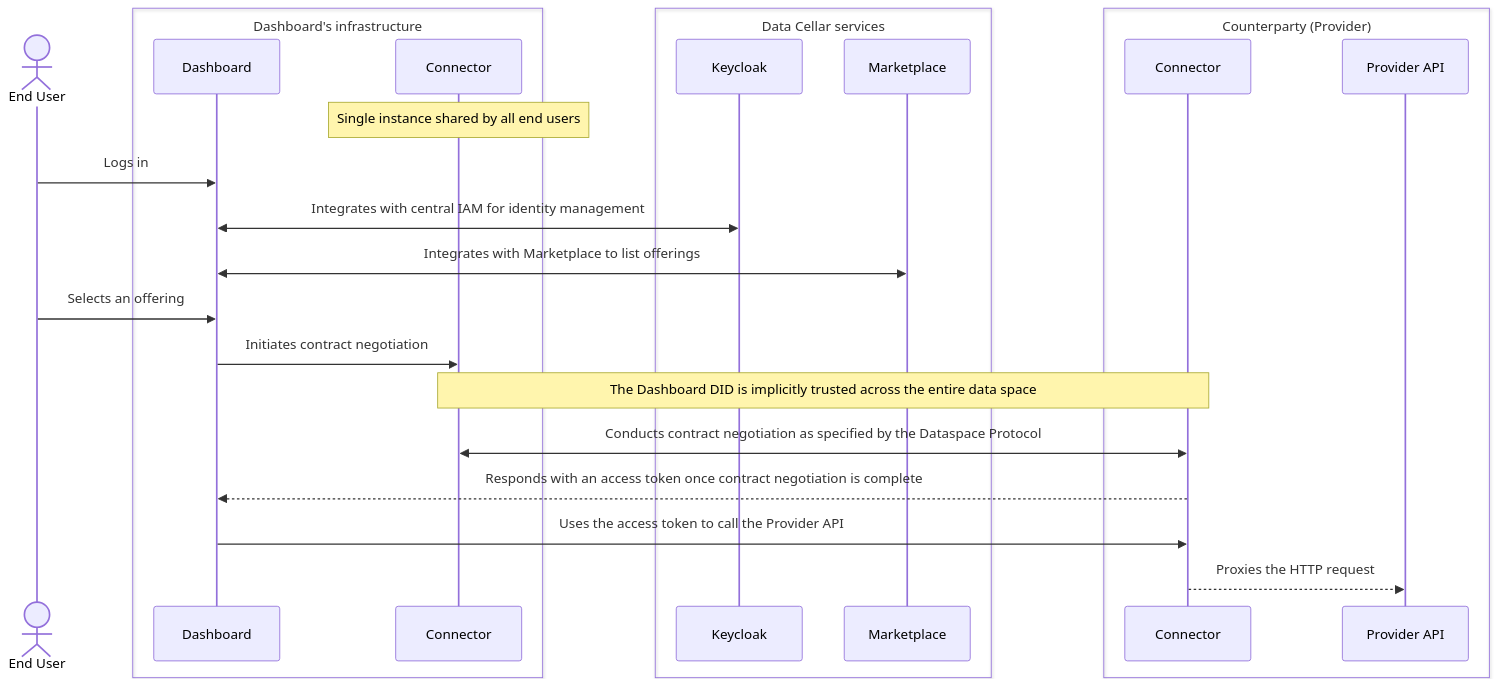
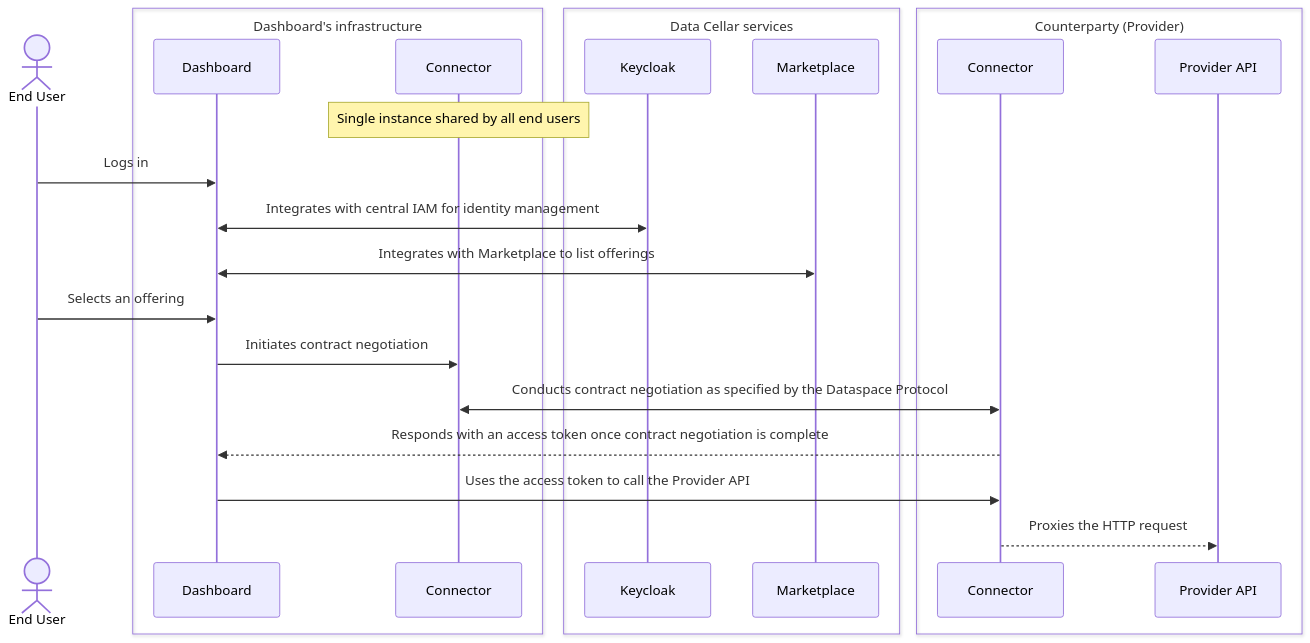
One commit to Data-Cellar/sequence-diagrams changed the third of 3 diagrams in README.md. Above: the diagram before and after it, drawn with Mermaid.

````diff
--- a/README.md
+++ b/README.md
@@ -91,27 +91,26 @@
 ```mermaid
 sequenceDiagram
     actor USR as End User
     box Dashboard's infrastructure
     participant DAS as Dashboard
     participant DBC as Connector
     end
     Note over DBC: Single instance shared by all end users
     box Data Cellar services
     participant IAM as Keycloak
     participant MKP as Marketplace
     end
     box Counterparty (Provider)
     participant PVC as Connector
     participant PAP as Provider API
     end
     USR->>DAS: Logs in
     DAS<<->>IAM: Integrates with central IAM for identity management
     DAS<<->>MKP: Integrates with Marketplace to list offerings
     USR->>DAS: Selects an offering
     DAS->>DBC: Initiates contract negotiation
-    Note over DBC, PVC: The Dashboard DID is implicitly trusted across the entire data space
     DBC<<->>PVC: Conducts contract negotiation as specified by the Dataspace Protocol
     PVC-->>DAS: Responds with an access token once contract negotiation is complete
     DAS->>PVC: Uses the access token to call the Provider API
     PVC-->>PAP: Proxies the HTTP request
 ```
````
